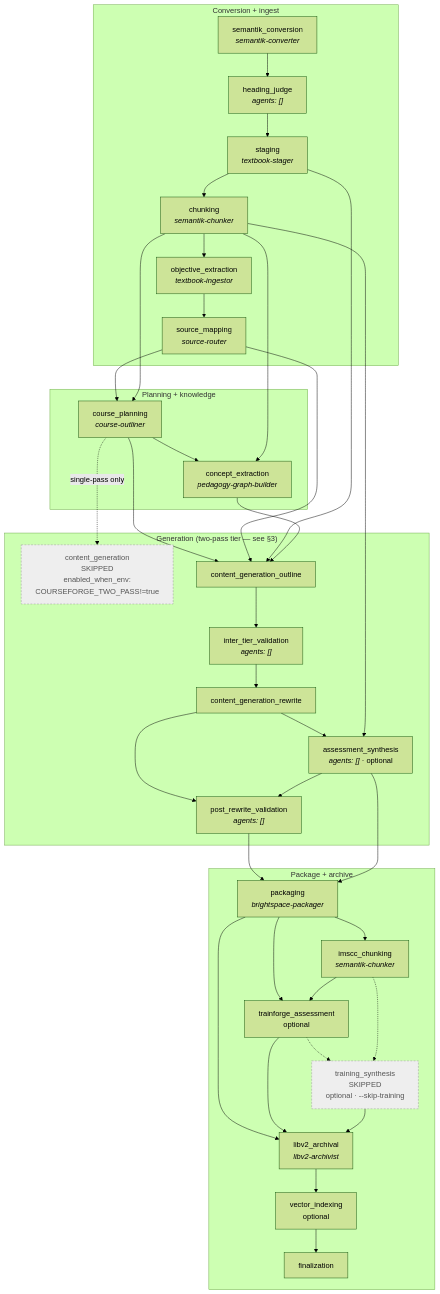
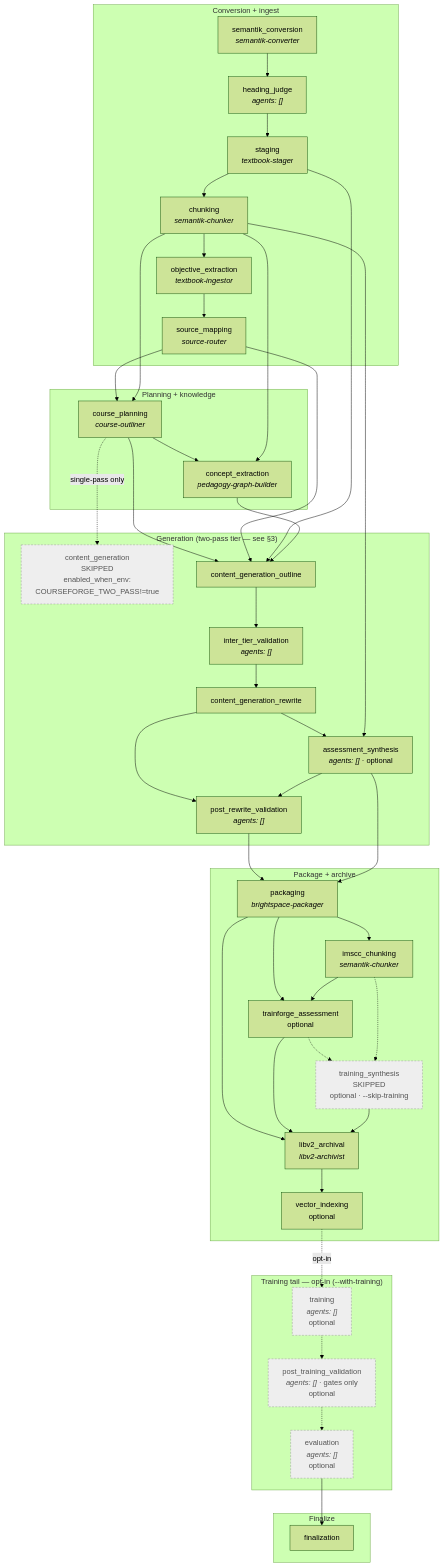
Before and after one commit to mdmurphy822/Ed4All: the first of 6 diagrams in docs/architecture/pipeline-flow.md, drawn with Mermaid (forest theme). The commit also changed other lines of this file and 13 other files, not shown here.

First line of the commit message:
docs: sync the CLAUDE.md family to the training/evaluation restructure

````diff
--- a/docs/architecture/pipeline-flow.md
+++ b/docs/architecture/pipeline-flow.md
@@ -28,68 +28,79 @@
 ```mermaid
 flowchart TD
     subgraph CONV["Conversion + ingest"]
         P0["semantik_conversion<br/><i>semantik-converter</i>"]
         P1["heading_judge<br/><i>agents: []</i>"]
         P2["staging<br/><i>textbook-stager</i>"]
         P3["chunking<br/><i>semantik-chunker</i>"]
         P4["objective_extraction<br/><i>textbook-ingestor</i>"]
         P5["source_mapping<br/><i>source-router</i>"]
     end
 
     subgraph PLAN["Planning + knowledge"]
         P6["course_planning<br/><i>course-outliner</i>"]
         P7["concept_extraction<br/><i>pedagogy-graph-builder</i>"]
     end
 
     subgraph GEN["Generation (two-pass tier — see §3)"]
         P8["content_generation<br/>SKIPPED<br/>enabled_when_env:<br/>COURSEFORGE_TWO_PASS!=true"]
         P9["content_generation_outline"]
         P10["inter_tier_validation<br/><i>agents: []</i>"]
         P11["content_generation_rewrite"]
         P12["assessment_synthesis<br/><i>agents: []</i> · optional"]
         P13["post_rewrite_validation<br/><i>agents: []</i>"]
     end
 
     subgraph PKG["Package + archive"]
         P14["packaging<br/><i>brightspace-packager</i>"]
         P15["imscc_chunking<br/><i>semantik-chunker</i>"]
         P16["trainforge_assessment<br/>optional"]
         P17["training_synthesis<br/>SKIPPED<br/>optional · --skip-training"]
         P18["libv2_archival<br/><i>libv2-archivist</i>"]
         P19["vector_indexing<br/>optional"]
-        P20["finalization"]
+    end
+
+    subgraph TRAIN["Training tail — opt-in (--with-training)"]
+        P20["training<br/><i>agents: []</i><br/>optional"]
+        P21["post_training_validation<br/><i>agents: []</i> · gates only<br/>optional"]
+        P22["evaluation<br/><i>agents: []</i><br/>optional"]
+    end
+
+    subgraph FIN["Finalize"]
+        P23["finalization"]
     end
 
     P0 --> P1 --> P2 --> P3 --> P4 --> P5
     P5 --> P6
     P3 --> P6
     P6 --> P7
     P3 --> P7
 
     P6 -.->|"single-pass only"| P8
 
     P6 --> P9
     P5 --> P9
     P2 --> P9
     P7 --> P9
     P9 --> P10 --> P11
     P11 --> P12
     P3 --> P12
     P11 --> P13
     P12 --> P13
 
     P13 --> P14
     P12 --> P14
     P14 --> P15
     P14 --> P16
     P15 --> P16
     P16 -.-> P17
     P15 -.-> P17
     P14 --> P18
     P16 --> P18
     P17 --> P18
-    P18 --> P19 --> P20
+    P18 --> P19
+    P19 -.->|"opt-in"| P20 -.-> P21 -.-> P22
+    P22 --> P23
 
     classDef skipped fill:#eee,stroke:#999,stroke-dasharray: 4 3,color:#555
-    class P8,P17 skipped
+    class P8,P17,P20,P21,P22 skipped
 ```
````
